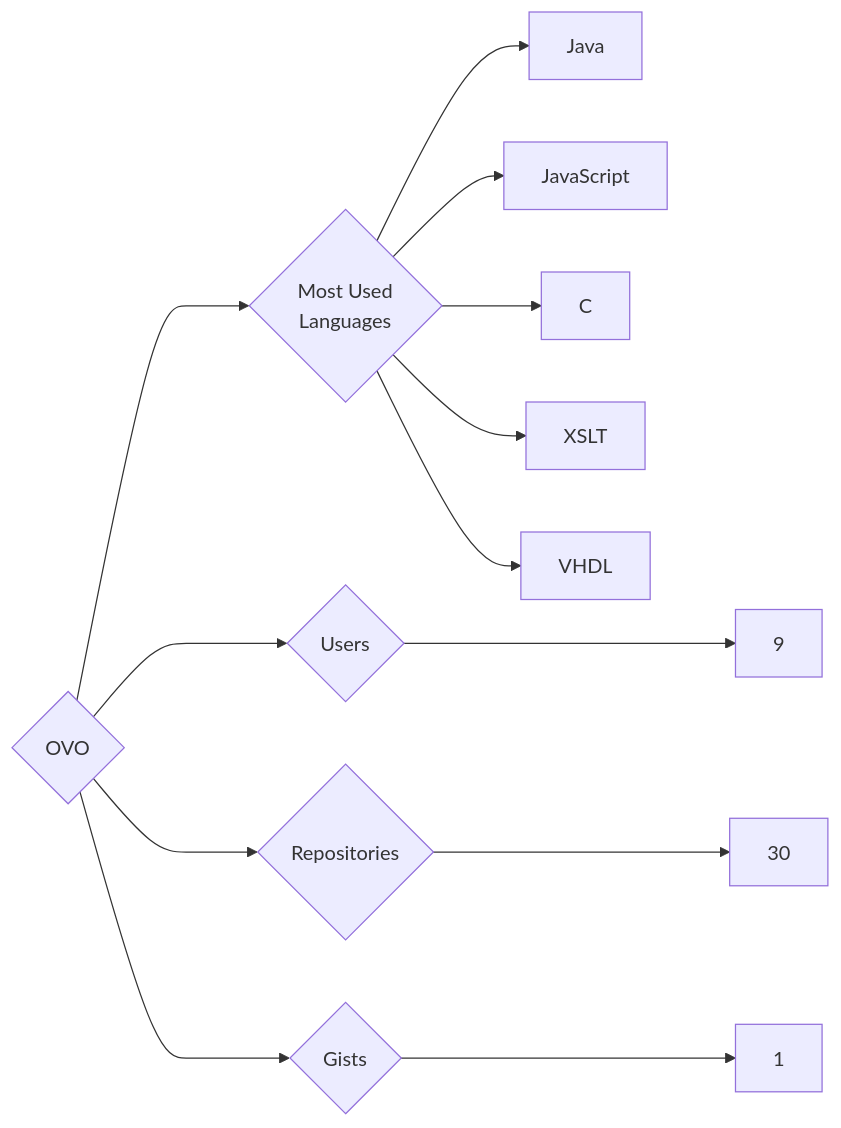
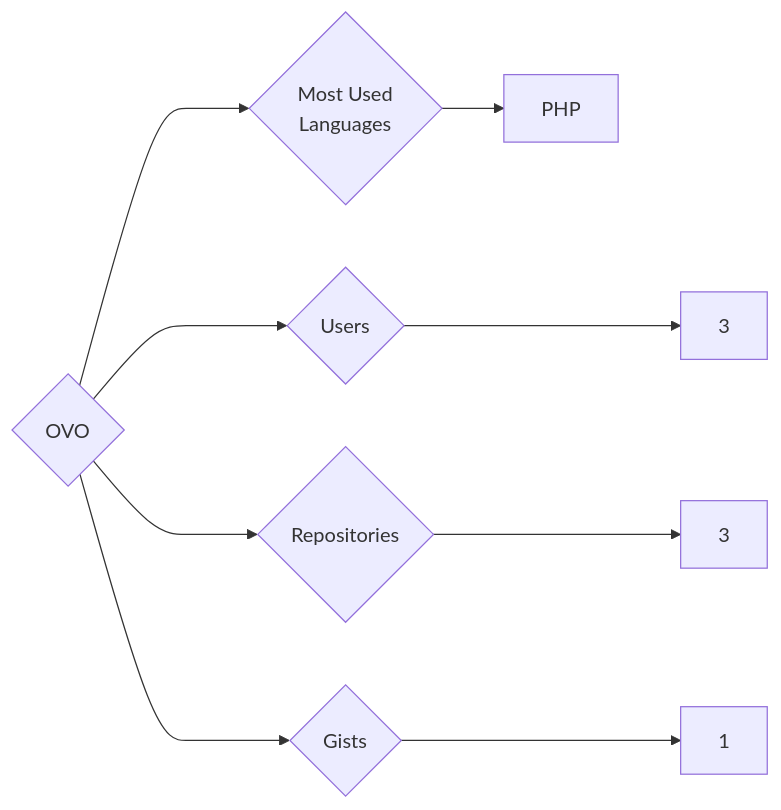
One commit to trickest/insiders changed the diagram in targets/OVO/README.md. Above: the diagram before and after it, drawn with Mermaid. The commit also changed 1055 other files, not shown here.

````diff
--- a/targets/OVO/README.md
+++ b/targets/OVO/README.md
@@ -3,13 +3,9 @@
 ```mermaid
 graph LR
 COMPANY_NAME{OVO}
-COMPANY_NAME ---> U{Users} ---> UN[9]
-COMPANY_NAME ---> R{Repositories} ---> RN[30]
+COMPANY_NAME ---> U{Users} ---> UN[3]
+COMPANY_NAME ---> R{Repositories} ---> RN[3]
 COMPANY_NAME ---> G{Gists} ---> GN[1]
 COMPANY_NAME ---> ML{Most Used<br>Languages}
-ML --> Java[Java]
-ML --> JavaScript[JavaScript]
-ML --> C[C]
-ML --> XSLT[XSLT]
-ML --> VHDL[VHDL]
+ML --> PHP[PHP]
 ```
````
